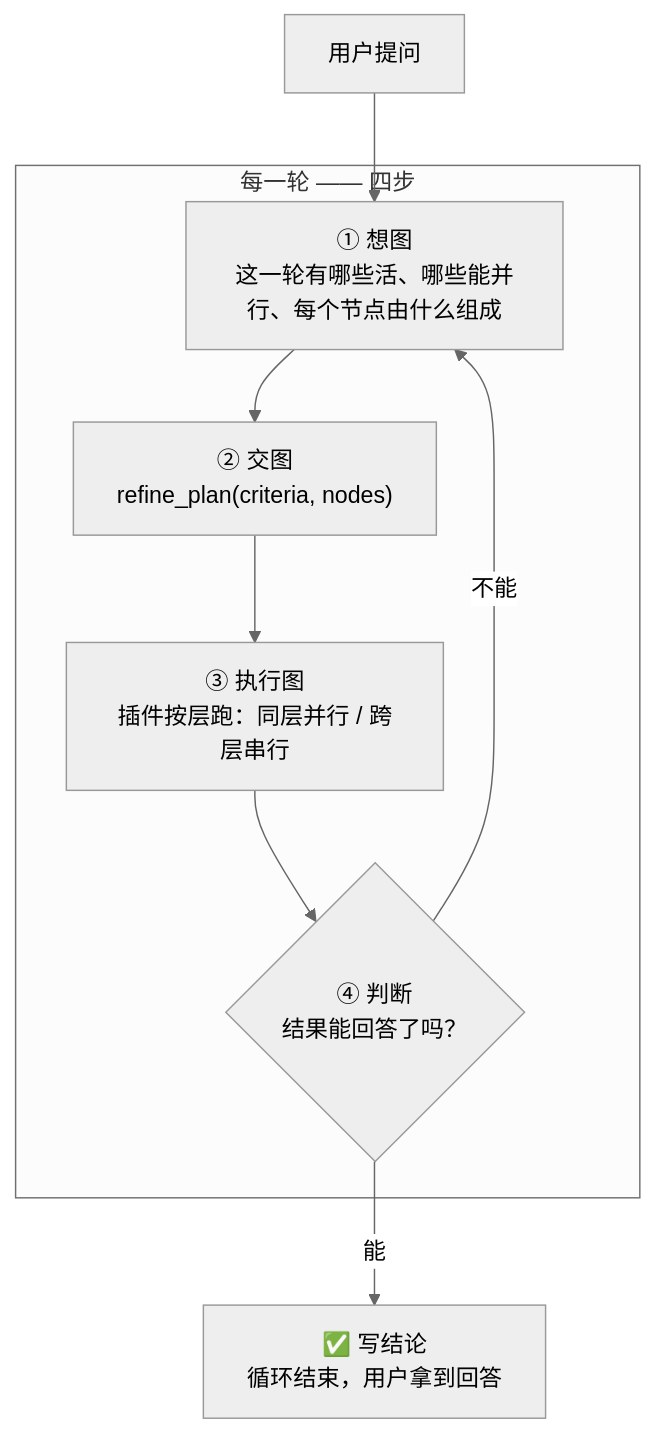
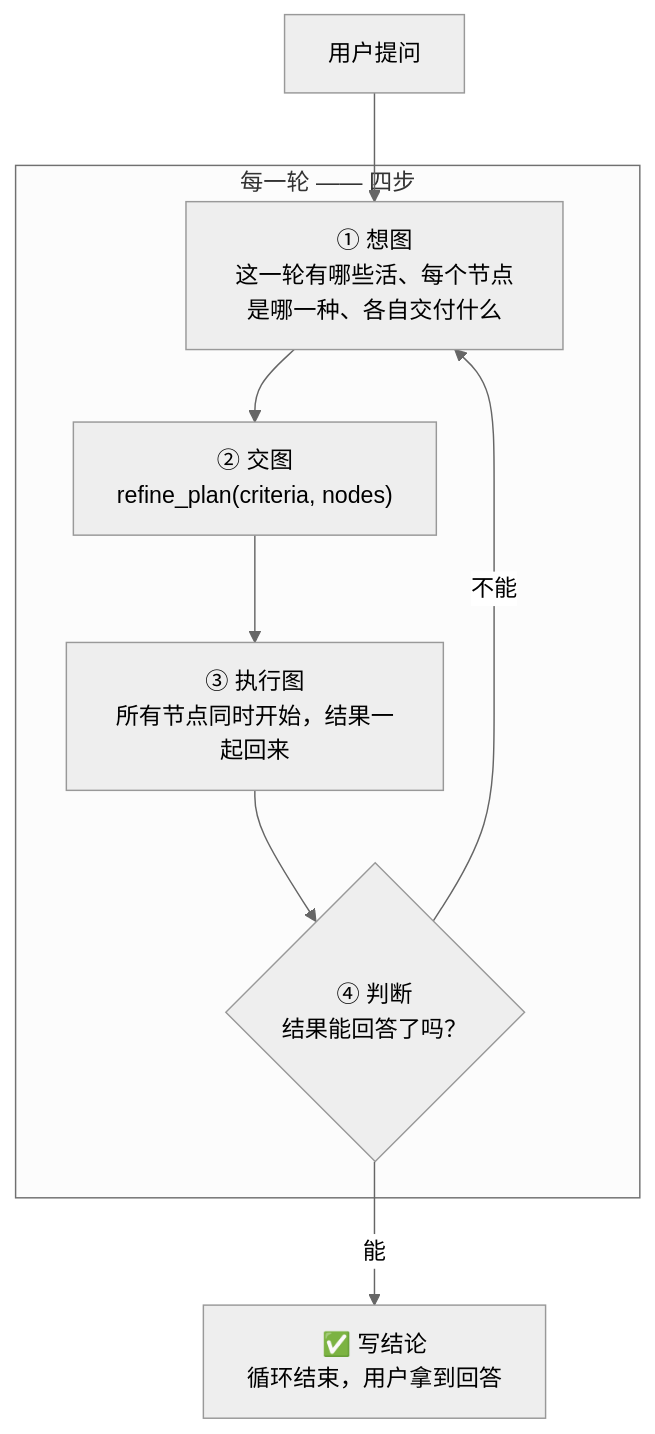
Before and after one commit to zyn19940107/dsh-conductor: the first of 4 diagrams in README.md, drawn with Mermaid (neutral theme). The commit also changed other lines of this file and 57 other files, not shown here.

First line of the commit message:
改成一图一层:节点四选一,worker/forker 继承含本轮的上下文

````diff
--- a/README.md
+++ b/README.md
@@ -14,13 +14,13 @@
 ```mermaid
 flowchart TD
     U["用户提问"] --> R1
 
     subgraph ROUND["每一轮 —— 四步"]
-      R1["① 想图<br/>这一轮有哪些活、哪些能并行、每个节点由什么组成"] --> R2["② 交图<br/>refine_plan(criteria, nodes)"]
-      R2 --> R3["③ 执行图<br/>插件按层跑：同层并行 / 跨层串行"]
+      R1["① 想图<br/>这一轮有哪些活、每个节点是哪一种、各自交付什么"] --> R2["② 交图<br/>refine_plan(criteria, nodes)"]
+      R2 --> R3["③ 执行图<br/>所有节点同时开始，结果一起回来"]
       R3 --> R4{"④ 判断<br/>结果能回答了吗？"}
     end
 
     R4 -->|"能"| DONE["✅ 写结论<br/>循环结束，用户拿到回答"]
     R4 -->|"不能"| R1
 ```
````
